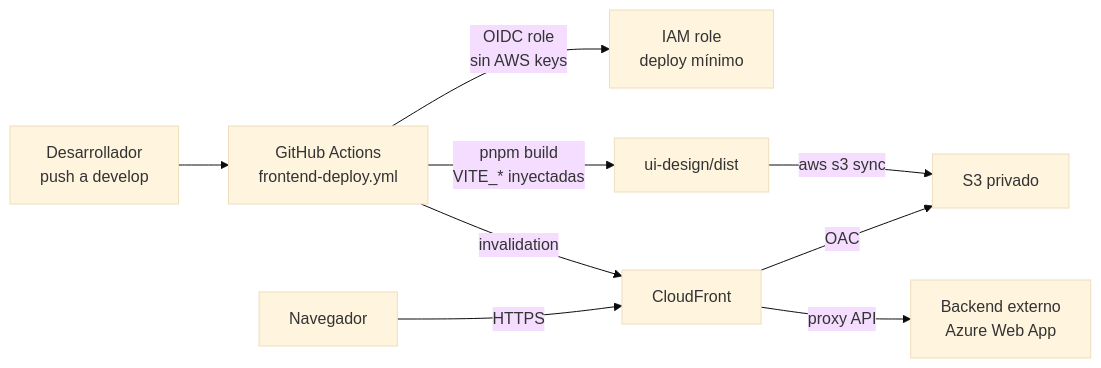
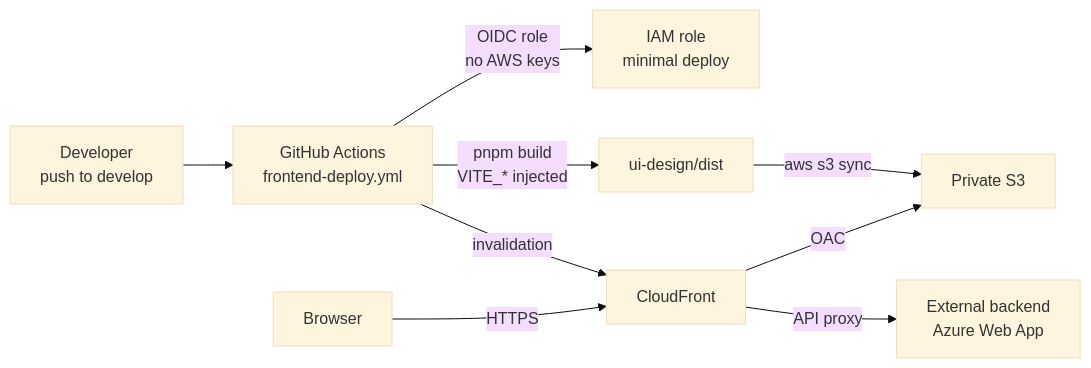
The fourth of 5 diagrams in README.md (tulio3101/DeliverAI), drawn with Mermaid (base theme) before and after one commit. The commit also changed other lines of this file and 4 other files, not shown here.

````diff
--- a/README.md
+++ b/README.md
@@ -189,11 +189,11 @@
 ```mermaid
 flowchart LR
-    DEV["Desarrollador<br/>push a develop"] --> GHA["GitHub Actions<br/>frontend-deploy.yml"]
-    GHA -->|"OIDC role<br/>sin AWS keys"| IAM["IAM role<br/>deploy mínimo"]
-    GHA -->|"pnpm build<br/>VITE_* inyectadas"| DIST["ui-design/dist"]
-    DIST -->|"aws s3 sync"| S3["S3 privado"]
+    DEV["Developer<br/>push to develop"] --> GHA["GitHub Actions<br/>frontend-deploy.yml"]
+    GHA -->|"OIDC role<br/>no AWS keys"| IAM["IAM role<br/>minimal deploy"]
+    GHA -->|"pnpm build<br/>VITE_* injected"| DIST["ui-design/dist"]
+    DIST -->|"aws s3 sync"| S3["Private S3"]
     GHA -->|invalidation| CF["CloudFront"]
     CF -->|OAC| S3
-    CF -->|"proxy API"| BE["Backend externo<br/>Azure Web App"]
-    U["Navegador"] -->|HTTPS| CF
+    CF -->|"API proxy"| BE["External backend<br/>Azure Web App"]
+    U["Browser"] -->|HTTPS| CF
 ```
````
